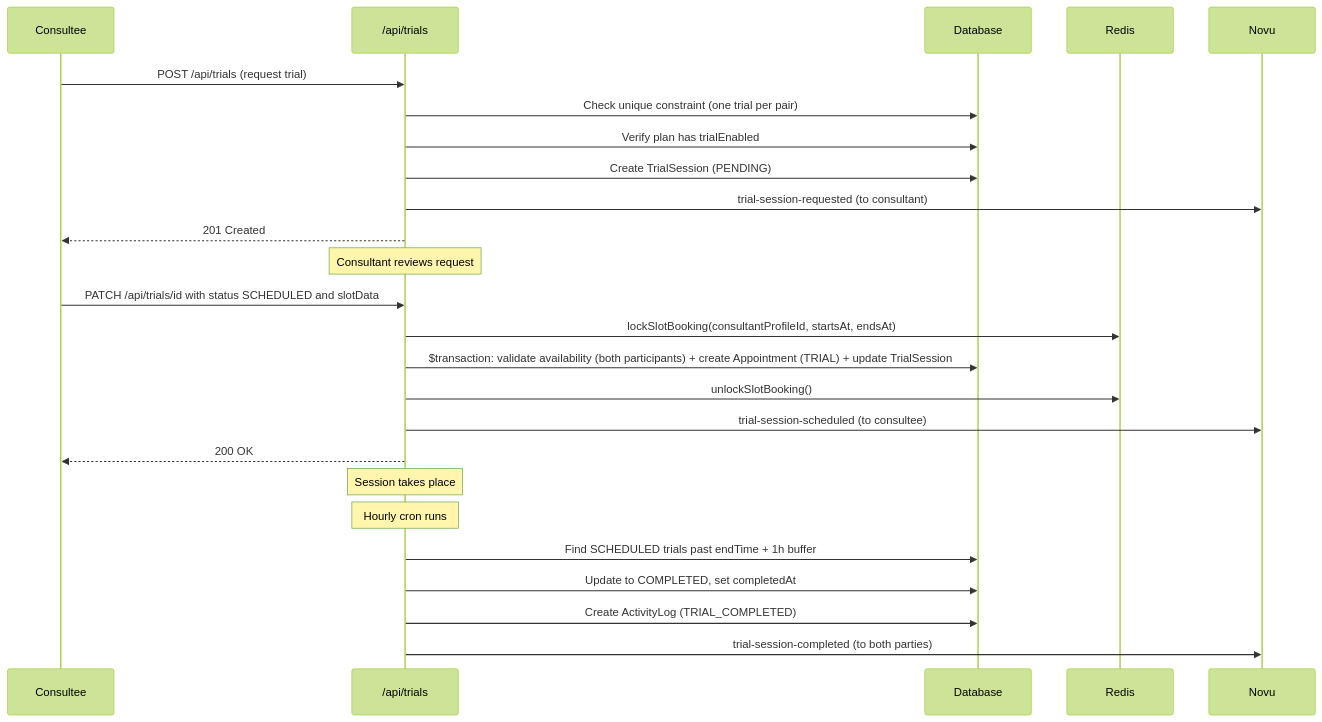
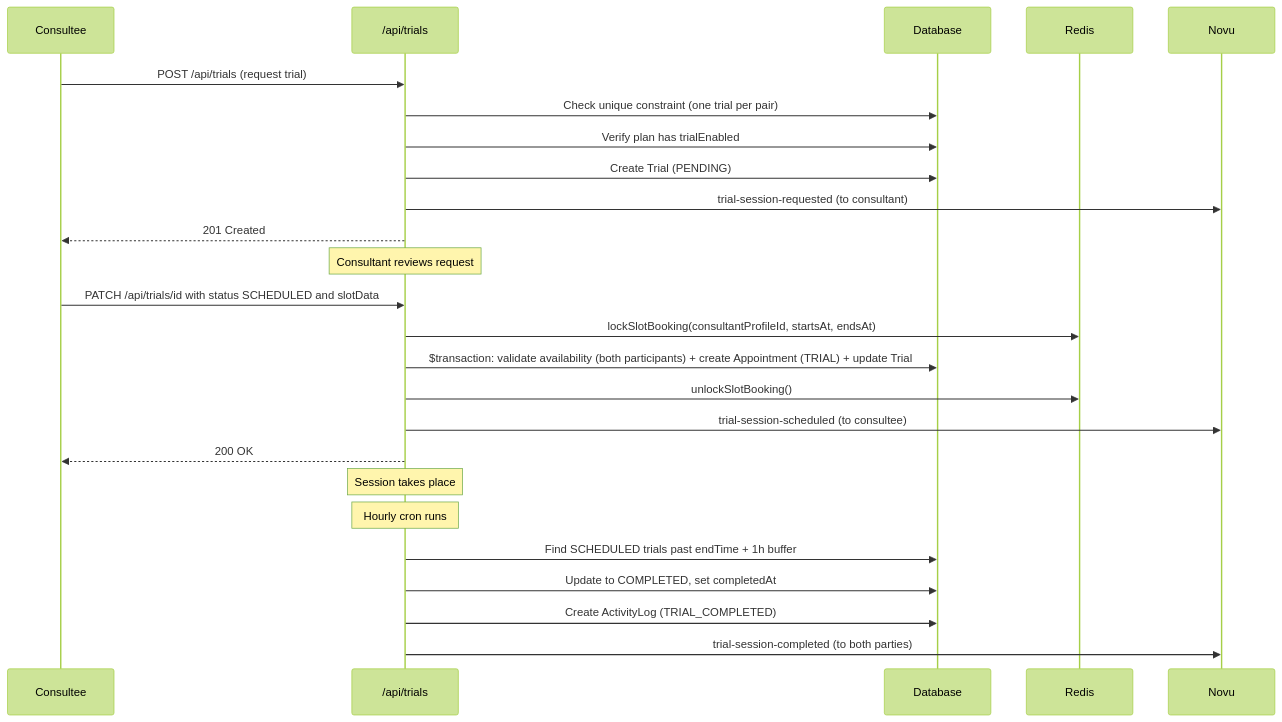
One commit to Practitionist/familiarise_web changed the second of 2 diagrams in docs/booking/09-trial-sessions.md. Above: the diagram before and after it, drawn with Mermaid (forest theme). The commit also changed other lines of this file and 107 other files, not shown here.

Commit message:
docs(vocabulary): the scheduling glossary, booking, feedback, support, stream and review docs speak AppointmentOccurrence, Meeting and Trial (#1554)

````diff
--- a/docs/booking/09-trial-sessions.md
+++ b/docs/booking/09-trial-sessions.md
@@ -130,32 +130,32 @@
 ```mermaid
 sequenceDiagram
     participant Consultee
     participant API as /api/trials
     participant DB as Database
     participant Redis
     participant Novu
 
     Consultee->>API: POST /api/trials (request trial)
     API->>DB: Check unique constraint (one trial per pair)
     API->>DB: Verify plan has trialEnabled
-    API->>DB: Create TrialSession (PENDING)
+    API->>DB: Create Trial (PENDING)
     API->>Novu: trial-session-requested (to consultant)
     API-->>Consultee: 201 Created
 
     Note over API: Consultant reviews request
 
     Consultee->>API: PATCH /api/trials/id with status SCHEDULED and slotData
     API->>Redis: lockSlotBooking(consultantProfileId, startsAt, endsAt)
-    API->>DB: $transaction: validate availability (both participants) + create Appointment (TRIAL) + update TrialSession
+    API->>DB: $transaction: validate availability (both participants) + create Appointment (TRIAL) + update Trial
     API->>Redis: unlockSlotBooking()
     API->>Novu: trial-session-scheduled (to consultee)
     API-->>Consultee: 200 OK
 
     Note over API: Session takes place
 
     Note over API: Hourly cron runs
     API->>DB: Find SCHEDULED trials past endTime + 1h buffer
     API->>DB: Update to COMPLETED, set completedAt
     API->>DB: Create ActivityLog (TRIAL_COMPLETED)
     API->>Novu: trial-session-completed (to both parties)
 ```
````
